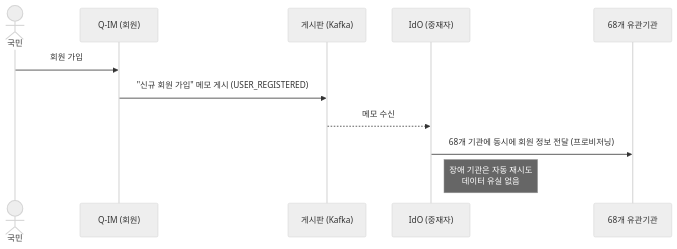
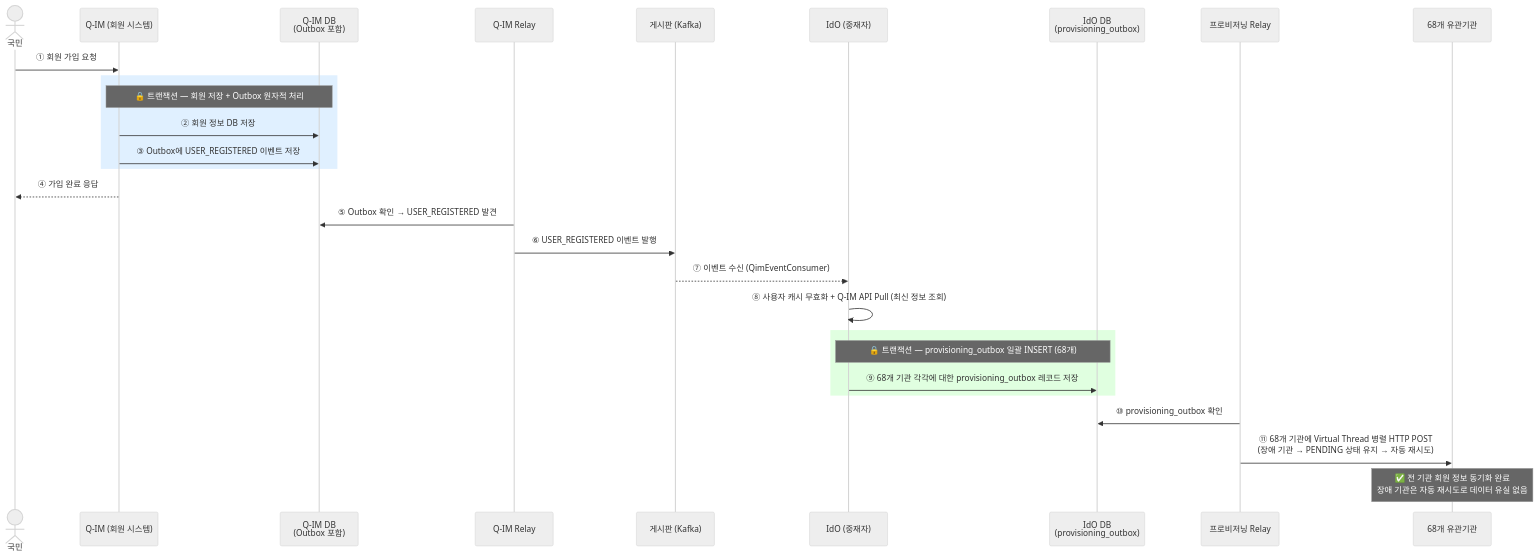
The eighth of 10 diagrams in docs/kafka_easy_guide_for_managers.md (HipsterMIN/integration-sso), drawn with Mermaid (neutral theme) before and after one commit. The commit also changed other lines of this file and 1 other file, not shown here.

````diff
--- a/docs/kafka_easy_guide_for_managers.md
+++ b/docs/kafka_easy_guide_for_managers.md
@@ -207,14 +296,37 @@
 ```mermaid
 sequenceDiagram
     actor 국민
-    participant QIM as Q-IM (회원)
+    participant QIM as Q-IM (회원 시스템)
+    participant DB_QIM as Q-IM DB<br/>(Outbox 포함)
+    participant RELAY_QIM as Q-IM Relay
     participant KAFKA as 게시판 (Kafka)
     participant IDO as IdO (중재자)
+    participant PROV_DB as IdO DB<br/>(provisioning_outbox)
+    participant PROV_RELAY as 프로비저닝 Relay
     participant 기관들 as 68개 유관기관
 
-    국민->>QIM: 회원 가입
-    QIM->>KAFKA: "신규 회원 가입" 메모 게시 (USER_REGISTERED)
-    KAFKA-->>IDO: 메모 수신
-    IDO->>기관들: 68개 기관에 동시에 회원 정보 전달 (프로비저닝)
-    note right of IDO: 장애 기관은 자동 재시도<br/>데이터 유실 없음
+    국민->>QIM: ① 회원 가입 요청
+
+    rect rgb(224, 240, 255)
+        note over QIM,DB_QIM: 🔒 트랜잭션 — 회원 저장 + Outbox 원자적 처리
+        QIM->>DB_QIM: ② 회원 정보 DB 저장
+        QIM->>DB_QIM: ③ Outbox에 USER_REGISTERED 이벤트 저장
+    end
+    QIM-->>국민: ④ 가입 완료 응답
+
+    RELAY_QIM->>DB_QIM: ⑤ Outbox 확인 → USER_REGISTERED 발견
+    RELAY_QIM->>KAFKA: ⑥ USER_REGISTERED 이벤트 발행
+
+    KAFKA-->>IDO: ⑦ 이벤트 수신 (QimEventConsumer)
+    IDO->>IDO: ⑧ 사용자 캐시 무효화 + Q-IM API Pull (최신 정보 조회)
+
+    rect rgb(224, 255, 224)
+        note over IDO,PROV_DB: 🔒 트랜잭션 — provisioning_outbox 일괄 INSERT (68개)
+        IDO->>PROV_DB: ⑨ 68개 기관 각각에 대한 provisioning_outbox 레코드 저장
+    end
+
+    PROV_RELAY->>PROV_DB: ⑩ provisioning_outbox 확인
+    PROV_RELAY->>기관들: ⑪ 68개 기관에 Virtual Thread 병렬 HTTP POST<br/>(장애 기관 → PENDING 상태 유지 → 자동 재시도)
+
+    note over 기관들: ✅ 전 기관 회원 정보 동기화 완료<br/>장애 기관은 자동 재시도로 데이터 유실 없음
 ```
````
